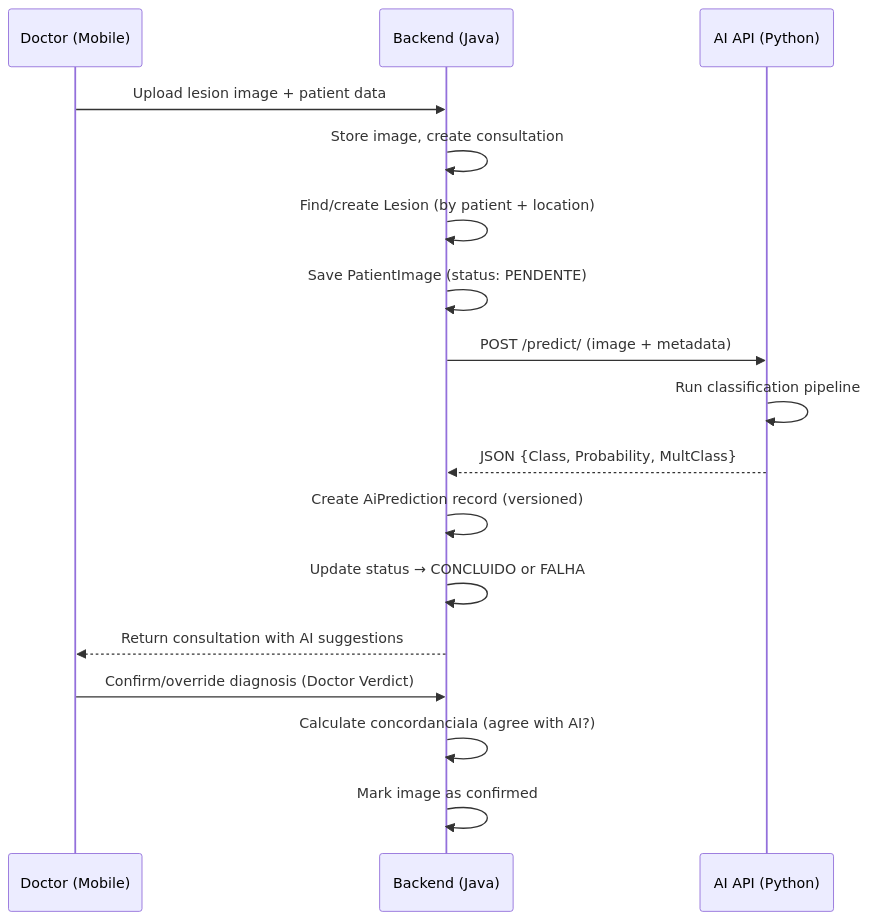
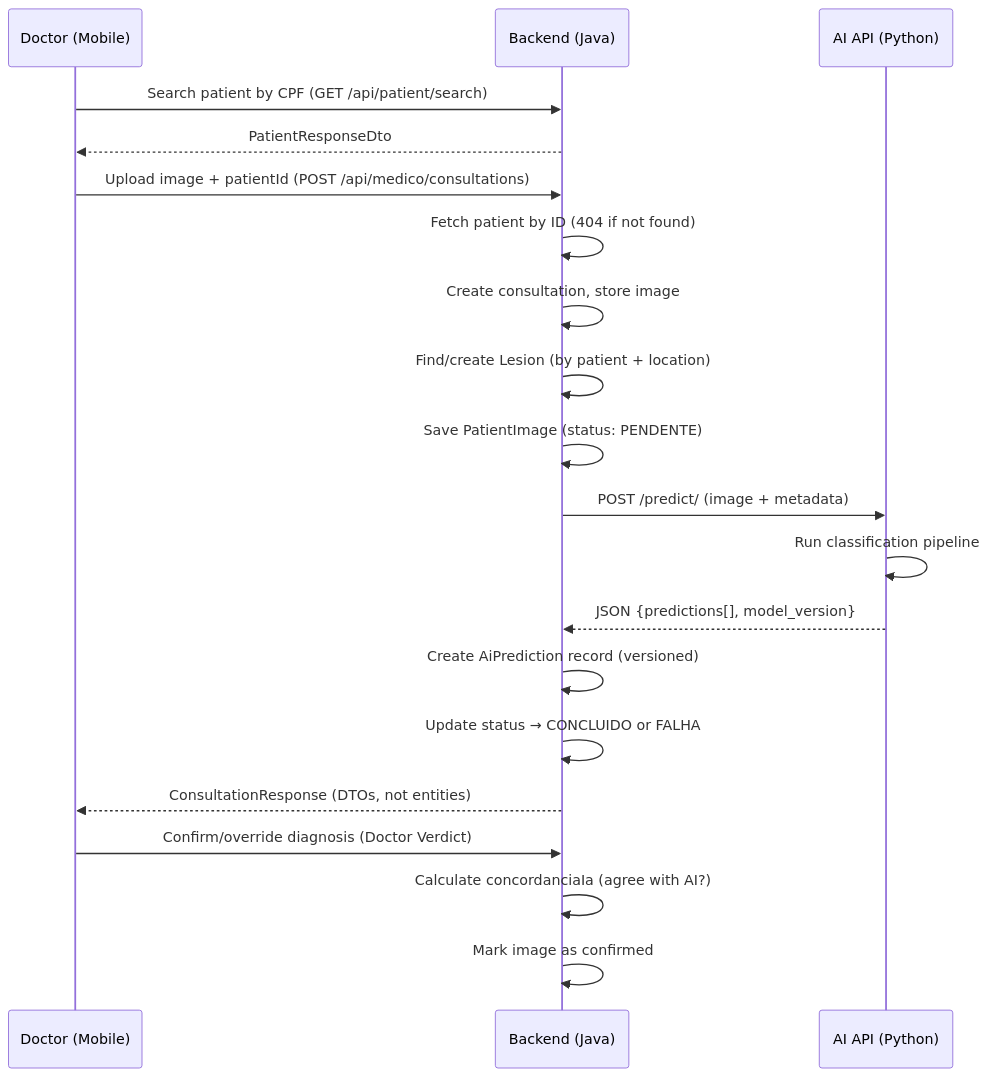
The fourth of 4 diagrams in docs/walkthrough.md (LARA-IA/LARA-SCD), drawn with Mermaid before and after one commit. The commit also changed other lines of this file and 25 other files, not shown here.

````diff
--- a/docs/walkthrough.md
+++ b/docs/walkthrough.md
@@ -152,20 +168,23 @@
 ```mermaid
 sequenceDiagram
   participant D as Doctor (Mobile)
   participant B as Backend (Java)
   participant AI as AI API (Python)
   
-  D->>B: Upload lesion image + patient data
-  B->>B: Store image, create consultation
+  D->>B: Search patient by CPF (GET /api/patient/search)
+  B-->>D: PatientResponseDto
+  D->>B: Upload image + patientId (POST /api/medico/consultations)
+  B->>B: Fetch patient by ID (404 if not found)
+  B->>B: Create consultation, store image
   B->>B: Find/create Lesion (by patient + location)
   B->>B: Save PatientImage (status: PENDENTE)
   B->>AI: POST /predict/ (image + metadata)
   AI->>AI: Run classification pipeline
-  AI-->>B: JSON {Class, Probability, MultClass}
+  AI-->>B: JSON {predictions[], model_version}
   B->>B: Create AiPrediction record (versioned)
   B->>B: Update status → CONCLUIDO or FALHA
-  B-->>D: Return consultation with AI suggestions
+  B-->>D: ConsultationResponse (DTOs, not entities)
   D->>B: Confirm/override diagnosis (Doctor Verdict)
   B->>B: Calculate concordanciaIa (agree with AI?)
   B->>B: Mark image as confirmed
 ```
````
